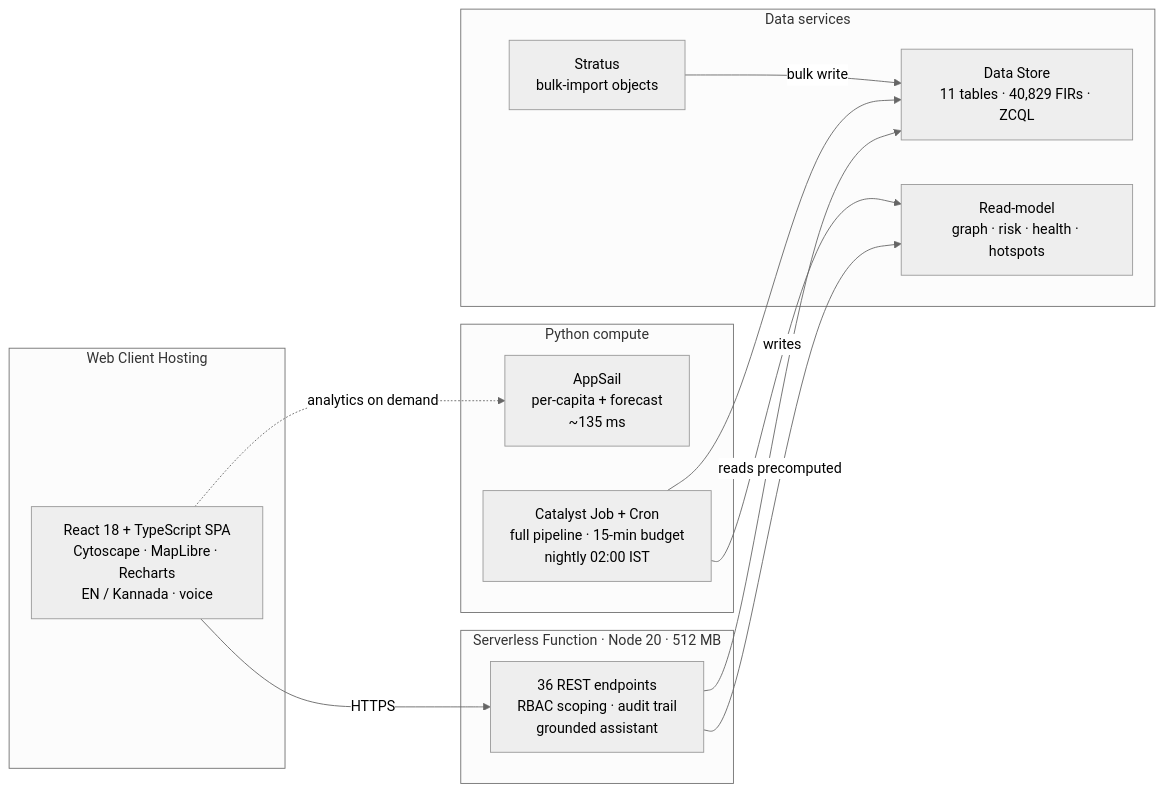
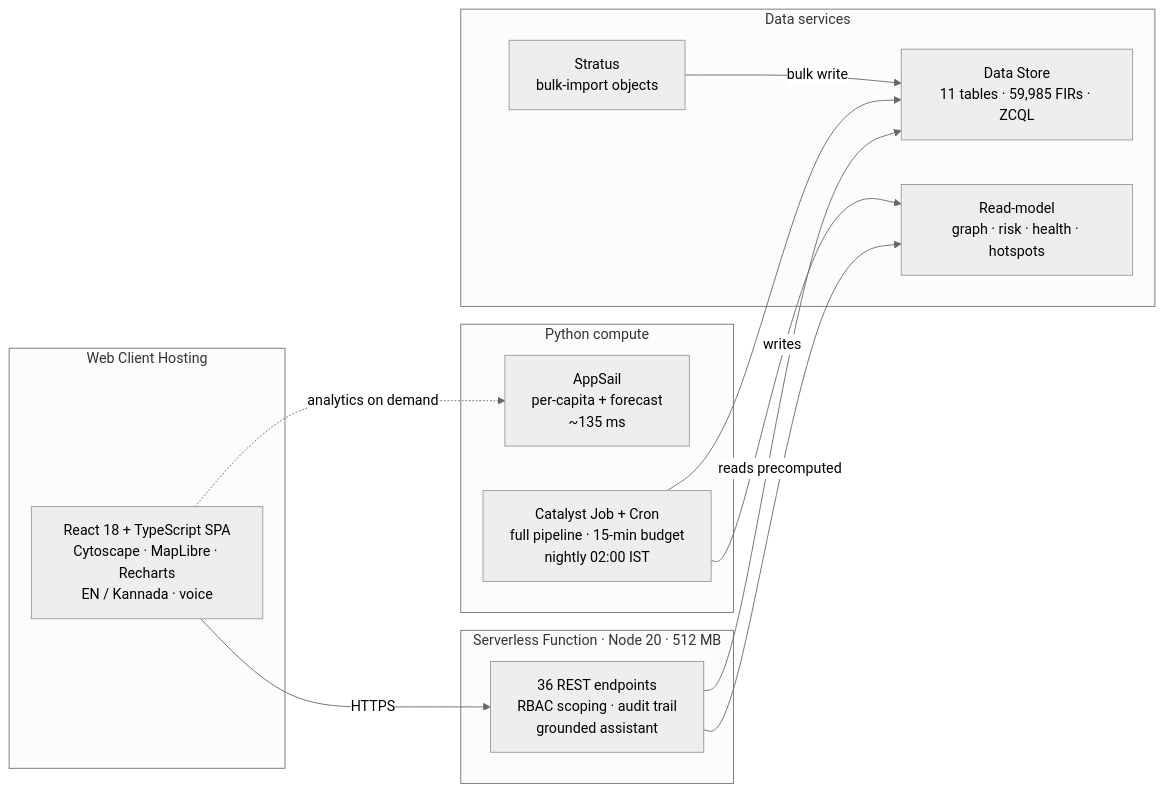
Before and after one commit to adarshcod30/Kadi: the second of 3 diagrams in README.md, drawn with Mermaid (neutral theme). The commit also changed other lines of this file and 27 other files, not shown here.

````diff
--- a/README.md
+++ b/README.md
@@ -218,26 +223,26 @@
 ```mermaid
 flowchart LR
     subgraph CLIENT["Web Client Hosting"]
         SPA["React 18 + TypeScript SPA<br/>Cytoscape · MapLibre · Recharts<br/>EN / Kannada · voice"]
     end
     subgraph API["Serverless Function · Node 20 · 512 MB"]
         REST["36 REST endpoints<br/>RBAC scoping · audit trail<br/>grounded assistant"]
     end
     subgraph COMPUTE["Python compute"]
         APPSAIL["AppSail<br/>per-capita + forecast<br/>~135 ms"]
         JOB["Catalyst Job + Cron<br/>full pipeline · 15-min budget<br/>nightly 02:00 IST"]
     end
     subgraph DATA["Data services"]
-        DS["Data Store<br/>11 tables · 40,829 FIRs · ZCQL"]
+        DS["Data Store<br/>11 tables · 59,985 FIRs · ZCQL"]
         ST["Stratus<br/>bulk-import objects"]
         RM["Read-model<br/>graph · risk · health · hotspots"]
     end
 
     SPA -->|HTTPS| REST
     REST --> DS
     REST -->|reads precomputed| RM
     JOB -->|writes| RM
     JOB --> DS
     ST -->|bulk write| DS
     SPA -.->|analytics on demand| APPSAIL
 ```
````
